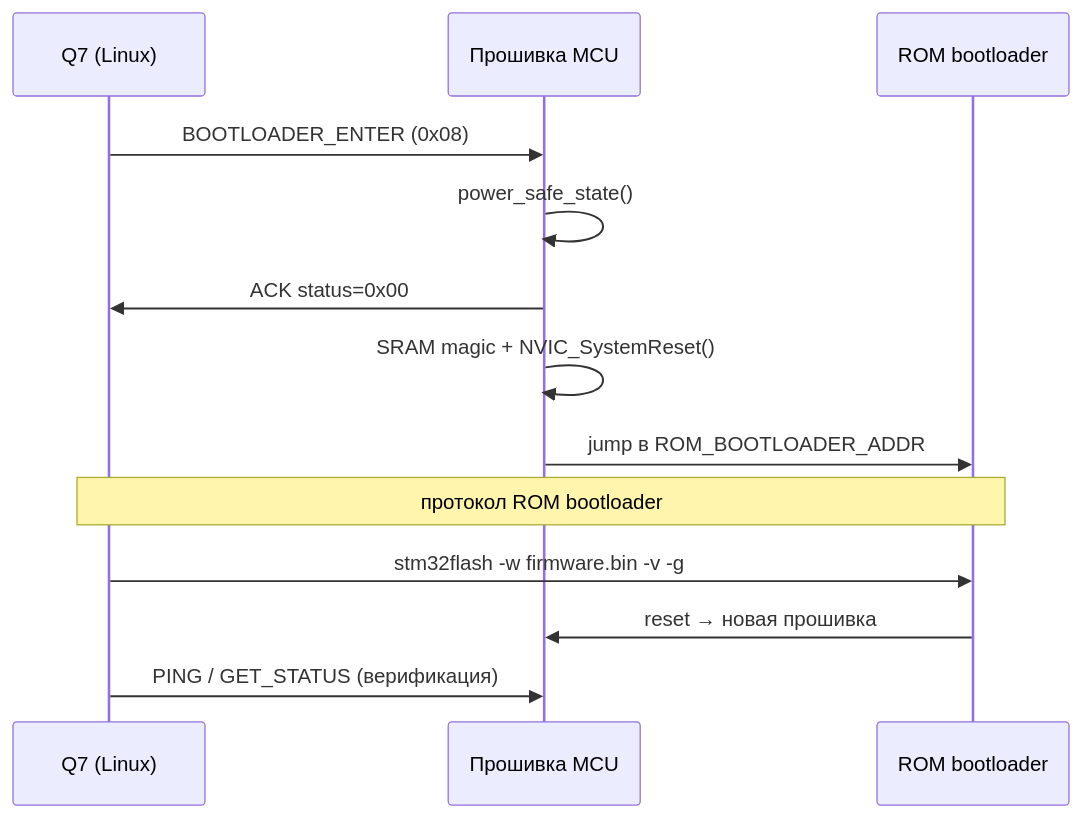
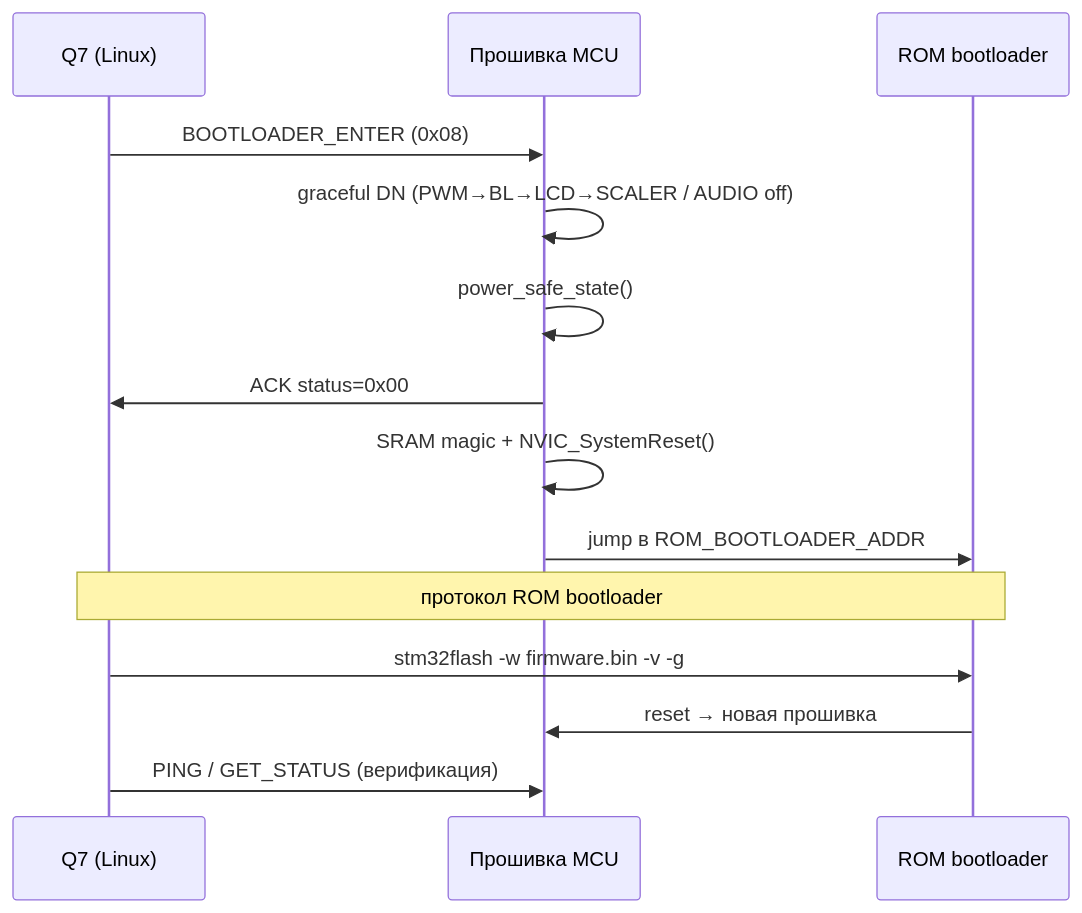
The second of 2 diagrams in README.md (n-korel/power_controller), drawn with Mermaid before and after one commit. The commit also changed other lines of this file and 107 other files, not shown here.

````diff
--- a/README.md
+++ b/README.md
@@ -340,16 +341,17 @@
 ```mermaid
 sequenceDiagram
     participant Q7 as Q7 (Linux)
     participant App as Прошивка MCU
     participant ROM as ROM bootloader
 
     Q7->>App: BOOTLOADER_ENTER (0x08)
+    App->>App: graceful DN (PWM→BL→LCD→SCALER / AUDIO off)
     App->>App: power_safe_state()
     App->>Q7: ACK status=0x00
     App->>App: SRAM magic + NVIC_SystemReset()
     App->>ROM: jump в ROM_BOOTLOADER_ADDR
     Note over Q7,ROM: протокол ROM bootloader
     Q7->>ROM: stm32flash -w firmware.bin -v -g
     ROM->>App: reset → новая прошивка
     Q7->>App: PING / GET_STATUS (верификация)
 ```
````
